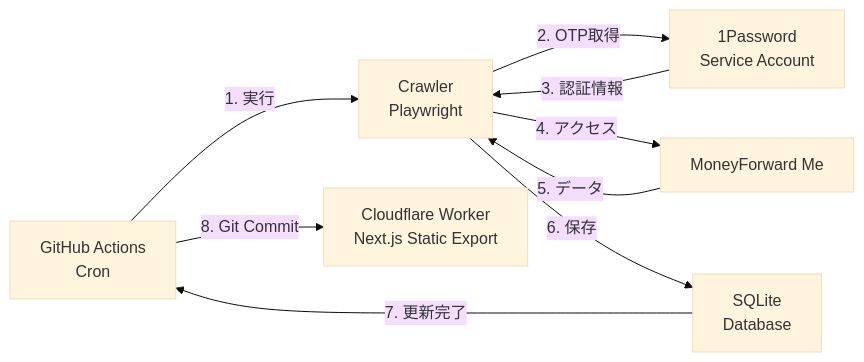
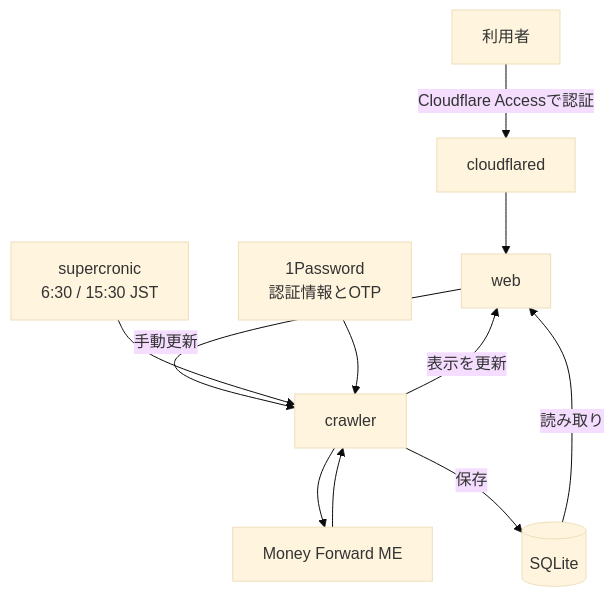
The diagram in README.md (Vanappy/mf-dashboard), drawn with Mermaid (base theme) before and after one commit. The commit also changed other lines of this file and 237 other files, not shown here.

````diff
--- a/README.md
+++ b/README.md
@@ -47,11 +81,13 @@
 ```mermaid
-graph LR
-    A[GitHub Actions<br/>Cron] -->|1. 実行| B[Crawler<br/>Playwright]
-    B -->|2. OTP取得| E[1Password<br/>Service Account]
-    E -->|3. 認証情報| B
-    B -->|4. アクセス| F[MoneyForward Me]
-    F -->|5. データ| B
-    B -->|6. 保存| C[SQLite<br/>Database]
-    C -->|7. 更新完了| A
-    A -->|8. Git Commit| D[Cloudflare Worker<br/>Next.js Static Export]
+flowchart TD
+    U[利用者] -->|Cloudflare Accessで認証| T[cloudflared]
+    T --> W[web]
+    W -->|手動更新| C[crawler]
+    S[supercronic<br/>6:30 / 15:30 JST] --> C
+    O[1Password<br/>認証情報とOTP] --> C
+    C --> M[Money Forward ME]
+    M --> C
+    C -->|保存| D[(SQLite)]
+    D -->|読み取り| W
+    C -->|表示を更新| W
 ```
````
